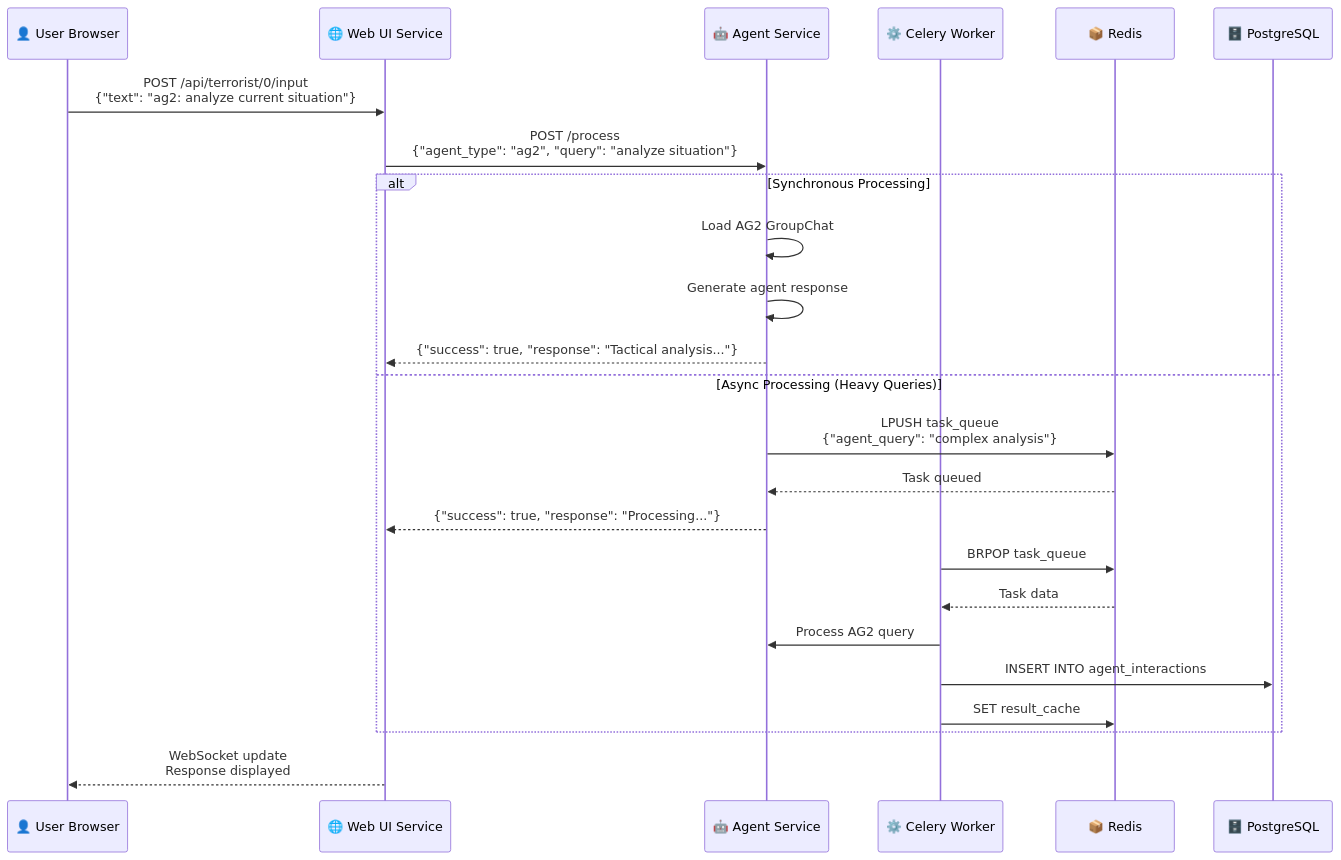
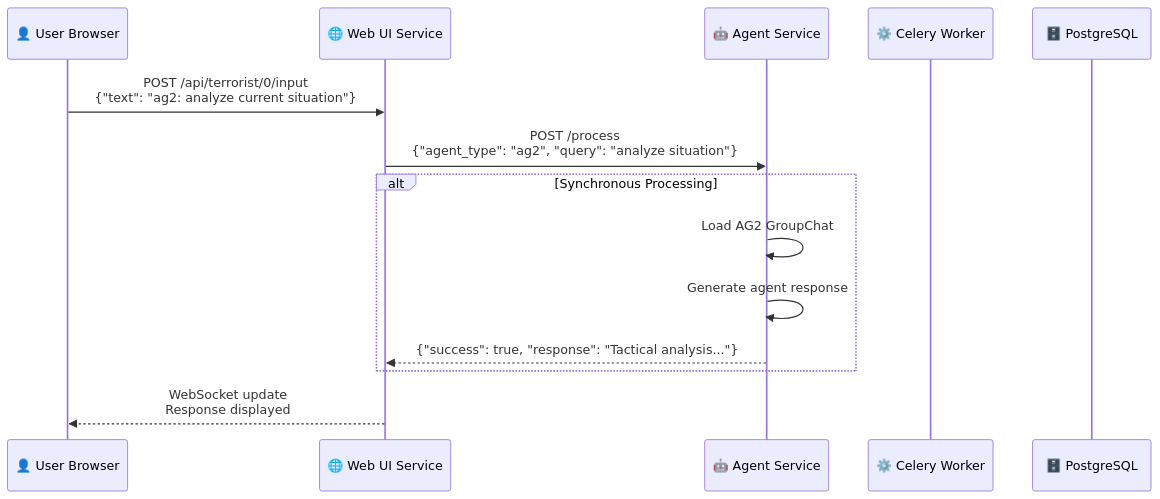
Before and after one commit to akashkthkr/counter_strike_ag2_agent: the fourth of 6 diagrams in docker/README.md, drawn with Mermaid. The commit also changed other lines of this file and 10 other files, not shown here.

````diff
--- a/docker/README.md
+++ b/docker/README.md
@@ -123,30 +107,20 @@
 ```mermaid
 sequenceDiagram
     participant User as 👤 User Browser
     participant WebUI as 🌐 Web UI Service
     participant Agents as 🤖 Agent Service
     participant Celery as ⚙️ Celery Worker
-    participant Redis as 📦 Redis
+
     participant DB as 🗄️ PostgreSQL
 
     User->>WebUI: POST /api/terrorist/0/input<br/>{"text": "ag2: analyze current situation"}
     WebUI->>Agents: POST /process<br/>{"agent_type": "ag2", "query": "analyze situation"}
     
     alt Synchronous Processing
         Agents->>Agents: Load AG2 GroupChat
         Agents->>Agents: Generate agent response
         Agents-->>WebUI: {"success": true, "response": "Tactical analysis..."}
-    else Async Processing (Heavy Queries)
-        Agents->>Redis: LPUSH task_queue<br/>{"agent_query": "complex analysis"}
-        Redis-->>Agents: Task queued
-        Agents-->>WebUI: {"success": true, "response": "Processing..."}
-        
-        Celery->>Redis: BRPOP task_queue
-        Redis-->>Celery: Task data
-        Celery->>Agents: Process AG2 query
-        Celery->>DB: INSERT INTO agent_interactions
-        Celery->>Redis: SET result_cache
     end
 
     WebUI-->>User: WebSocket update<br/>Response displayed
 ```
````
